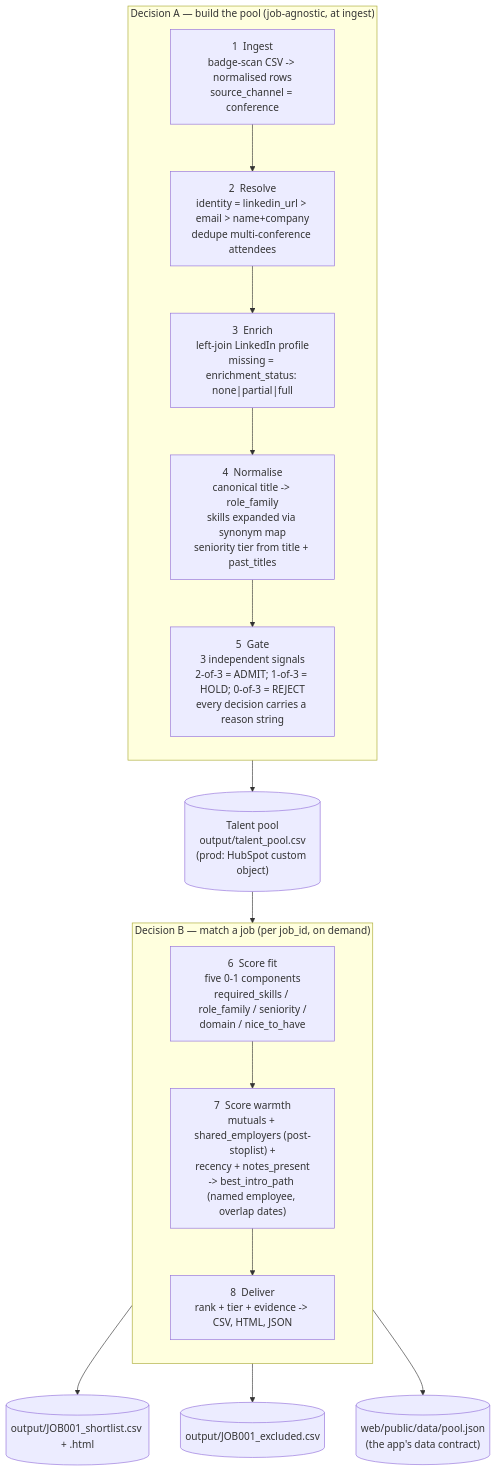
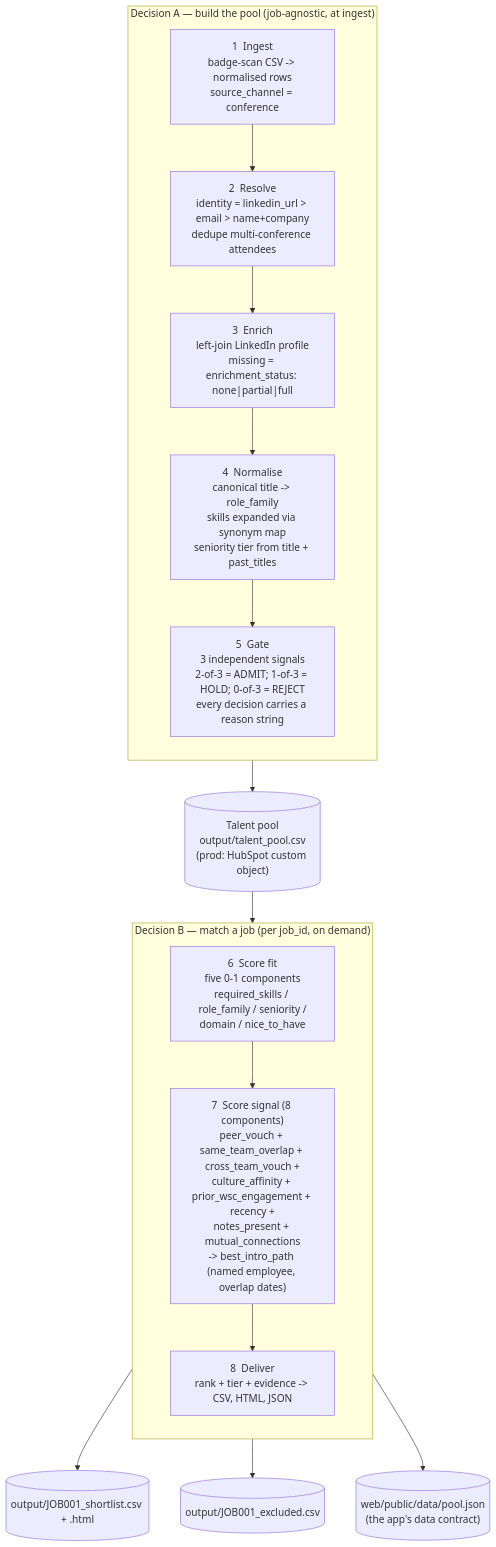
The diagram in docs/flow.md (gal33k/wsc-talent-pool), drawn with Mermaid before and after one commit. The commit also changed other lines of this file and 26 other files, not shown here.

````diff
--- a/docs/flow.md
+++ b/docs/flow.md
@@ -16,28 +16,28 @@
 ```mermaid
 flowchart TB
   subgraph A["Decision A — build the pool (job-agnostic, at ingest)"]
     direction TB
     S1["1  Ingest<br/>badge-scan CSV -> normalised rows<br/>source_channel = conference"]
     S2["2  Resolve<br/>identity = linkedin_url > email > name+company<br/>dedupe multi-conference attendees"]
     S3["3  Enrich<br/>left-join LinkedIn profile<br/>missing = enrichment_status: none|partial|full"]
     S4["4  Normalise<br/>canonical title -> role_family<br/>skills expanded via synonym map<br/>seniority tier from title + past_titles"]
     S5["5  Gate<br/>3 independent signals<br/>2-of-3 = ADMIT; 1-of-3 = HOLD; 0-of-3 = REJECT<br/>every decision carries a reason string"]
     S1 --> S2 --> S3 --> S4 --> S5
   end
 
   A --> POOL[("Talent pool<br/>output/talent_pool.csv<br/>(prod: HubSpot custom object)")]
 
   subgraph B["Decision B — match a job (per job_id, on demand)"]
     direction TB
     S6["6  Score fit<br/>five 0-1 components<br/>required_skills / role_family / seniority /<br/>domain / nice_to_have"]
-    S7["7  Score warmth<br/>mutuals + shared_employers (post-stoplist) +<br/>recency + notes_present<br/>-> best_intro_path (named employee, overlap dates)"]
+    S7["7  Score signal (8 components)<br/>peer_vouch + same_team_overlap + cross_team_vouch +<br/>culture_affinity + prior_wsc_engagement + recency +<br/>notes_present + mutual_connections<br/>-> best_intro_path (named employee, overlap dates)"]
     S8["8  Deliver<br/>rank + tier + evidence -> CSV, HTML, JSON"]
     S6 --> S7 --> S8
   end
 
   POOL --> S6
 
   S8 --> OUT1[("output/JOB001_shortlist.csv + .html")]
   S8 --> OUT2[("output/JOB001_excluded.csv")]
   S8 --> OUT3[("web/public/data/pool.json<br/>(the app's data contract)")]
 ```
````
